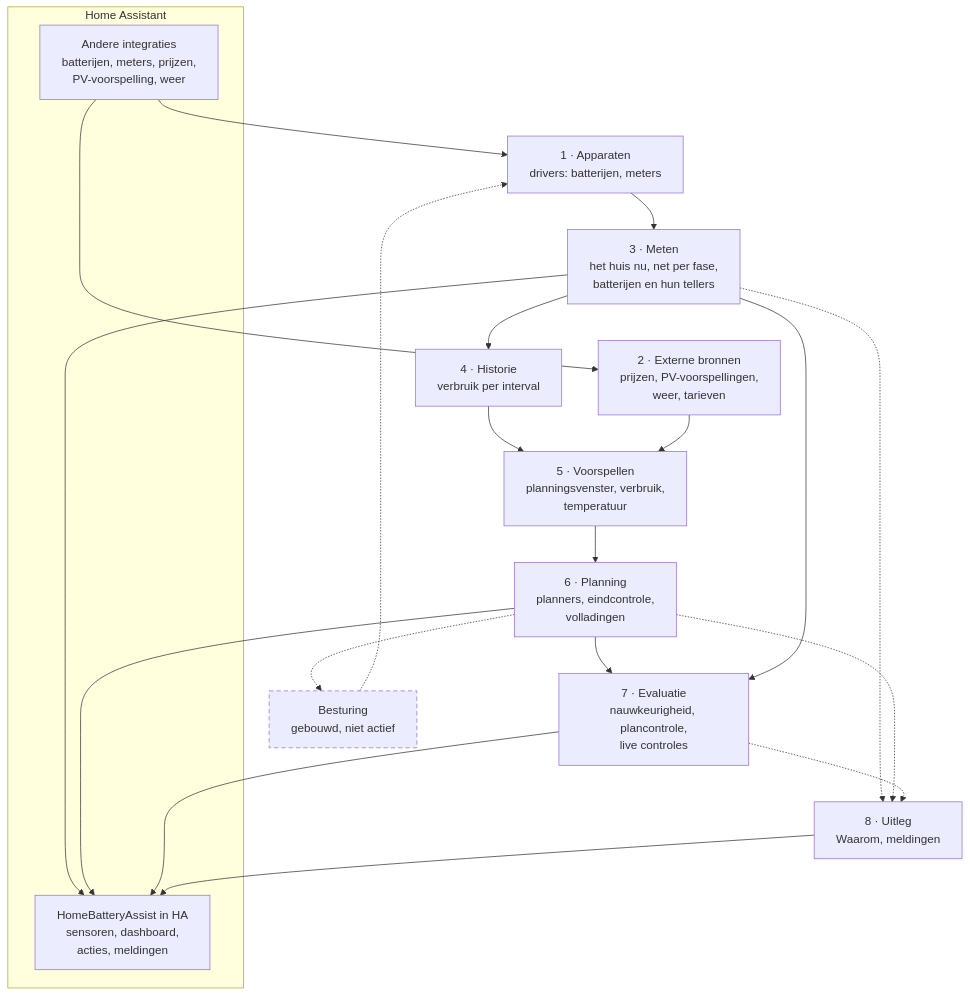
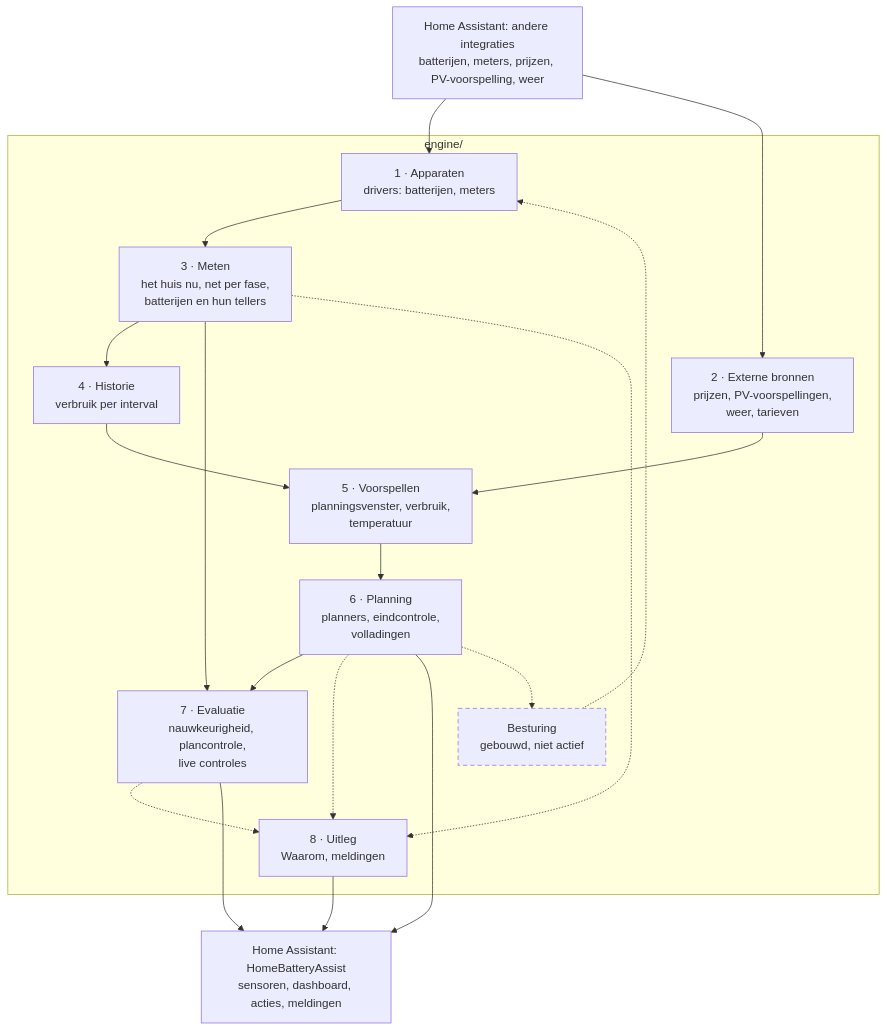
One commit to mvanrijnen/HomeBatteryAssist changed the first of 3 diagrams in docs/architecture.nl.md. Above: the diagram before and after it, drawn with Mermaid. The commit also changed other lines of this file and 1 other file, not shown here.

Commit message:
Architecture diagram: data in at the top, out at the bottom
Claude-Session: https://claude.ai/code/session_015DHHqdXz2oDh9niSFSqyWv

````diff
--- a/docs/architecture.nl.md
+++ b/docs/architecture.nl.md
@@ -23,36 +23,35 @@
 ```mermaid
 flowchart TB
-  subgraph HA["Home Assistant"]
-    INT["Andere integraties<br/>batterijen, meters, prijzen,<br/>PV-voorspelling, weer"]
-    OUT["HomeBatteryAssist in HA<br/>sensoren, dashboard,<br/>acties, meldingen"]
+  INT["Home Assistant: andere integraties<br/>batterijen, meters, prijzen, PV-voorspelling, weer"]
+  subgraph ENGINE["engine/"]
+    DEV["1 · Apparaten<br/>drivers: batterijen, meters"]
+    SRC["2 · Externe bronnen<br/>prijzen, PV-voorspellingen,<br/>weer, tarieven"]
+    MEA["3 · Meten<br/>het huis nu, net per fase,<br/>batterijen en hun tellers"]
+    HIS["4 · Historie<br/>verbruik per interval"]
+    FOR["5 · Voorspellen<br/>planningsvenster, verbruik,<br/>temperatuur"]
+    PLA["6 · Planning<br/>planners, eindcontrole,<br/>volladingen"]
+    EVA["7 · Evaluatie<br/>nauwkeurigheid, plancontrole,<br/>live controles"]
+    EXP["8 · Uitleg<br/>Waarom, meldingen"]
+    CTL["Besturing<br/>gebouwd, niet actief"]
   end
-  DEV["1 · Apparaten<br/>drivers: batterijen, meters"]
-  SRC["2 · Externe bronnen<br/>prijzen, PV-voorspellingen,<br/>weer, tarieven"]
-  MEA["3 · Meten<br/>het huis nu, net per fase,<br/>batterijen en hun tellers"]
-  HIS["4 · Historie<br/>verbruik per interval"]
-  FOR["5 · Voorspellen<br/>planningsvenster, verbruik,<br/>temperatuur"]
-  PLA["6 · Planning<br/>planners, eindcontrole,<br/>volladingen"]
-  EVA["7 · Evaluatie<br/>nauwkeurigheid, plancontrole,<br/>live controles"]
-  EXP["8 · Uitleg<br/>Waarom, meldingen"]
-  CTL["Besturing<br/>gebouwd, niet actief"]
+  OUT["Home Assistant: HomeBatteryAssist<br/>sensoren, dashboard, acties, meldingen"]
   INT --> DEV
   INT --> SRC
   DEV --> MEA
   MEA --> HIS
   HIS --> FOR
   SRC --> FOR
   FOR --> PLA
   PLA --> EVA
   MEA --> EVA
   MEA -.-> EXP
   PLA -.-> EXP
   EVA -.-> EXP
-  MEA --> OUT
   PLA --> OUT
   EVA --> OUT
   EXP --> OUT
   PLA -.-> CTL
   CTL -.-> DEV
   classDef off stroke-dasharray: 6 4
   class CTL off
 ```
````
